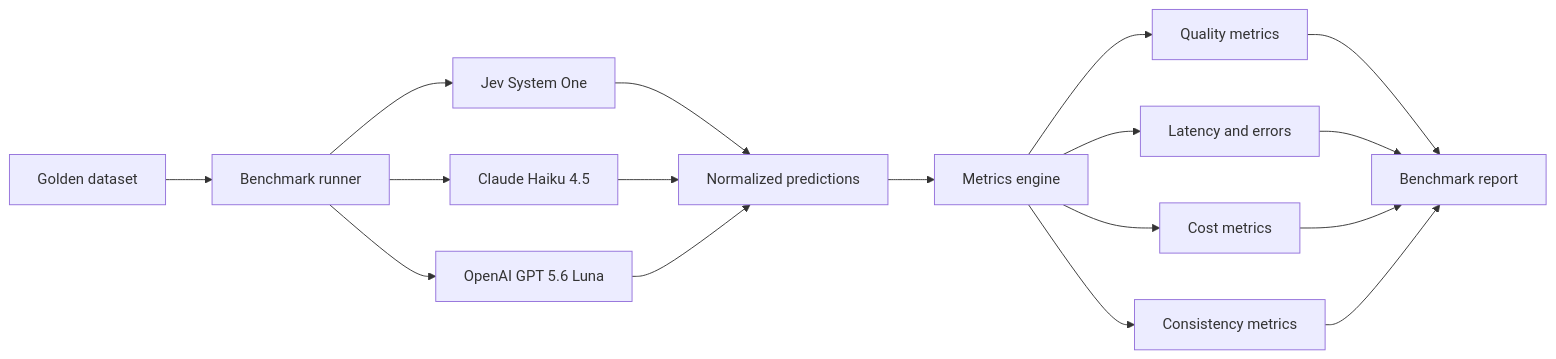
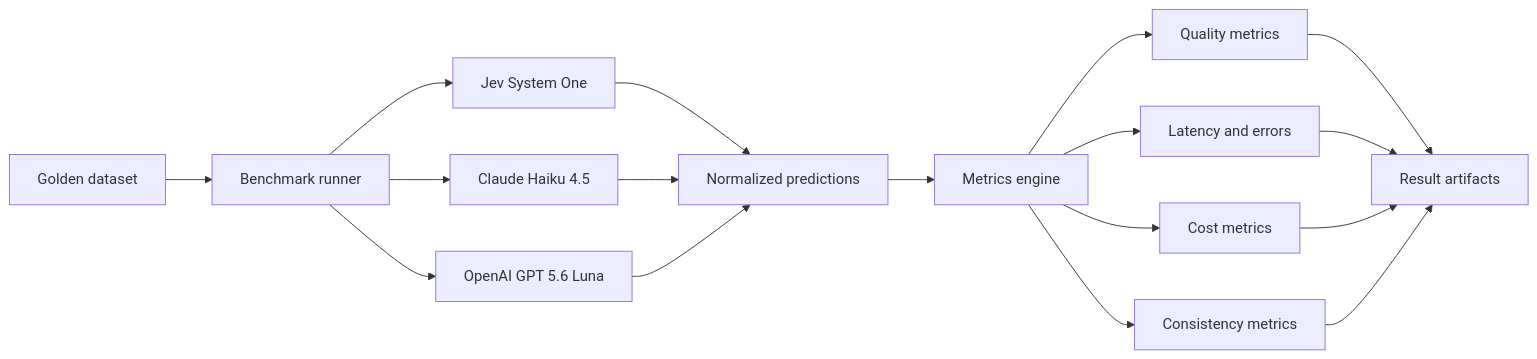
Before and after one commit to renanlalier/jev-benchmark: the first of 2 diagrams in README.md, drawn with Mermaid. The commit also changed other lines of this file and 14 other files, not shown here.

````diff
--- a/README.md
+++ b/README.md
@@ -25,19 +25,19 @@
 ```mermaid
 graph LR
     dataset["Golden dataset"] --> runner["Benchmark runner"]
     runner --> jev["Jev System One"]
     runner --> anthropic["Claude Haiku 4.5"]
     runner --> openai["OpenAI GPT 5.6 Luna"]
     jev --> predictions["Normalized predictions"]
     anthropic --> predictions
     openai --> predictions
     predictions --> metrics["Metrics engine"]
     metrics --> quality["Quality metrics"]
     metrics --> performance["Latency and errors"]
     metrics --> economics["Cost metrics"]
     metrics --> consistency["Consistency metrics"]
-    quality --> report["Benchmark report"]
-    performance --> report
-    economics --> report
-    consistency --> report
+    quality --> artifacts["Result artifacts"]
+    performance --> artifacts
+    economics --> artifacts
+    consistency --> artifacts
 ```
````
